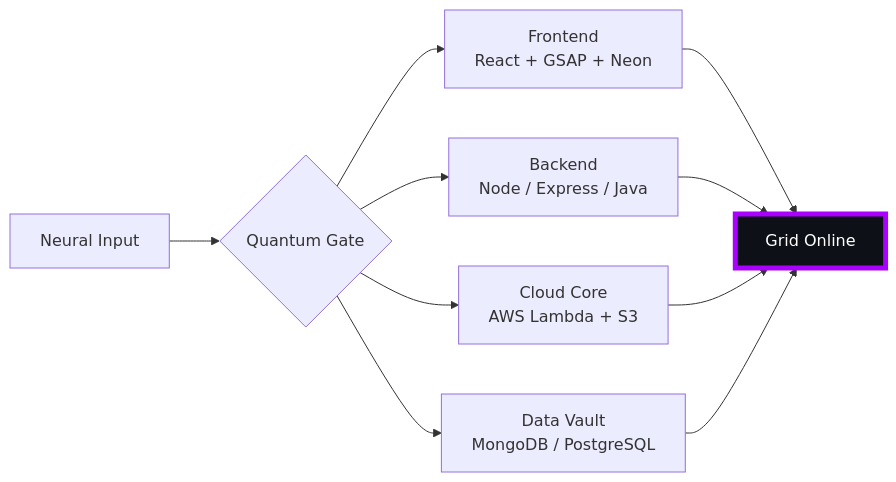
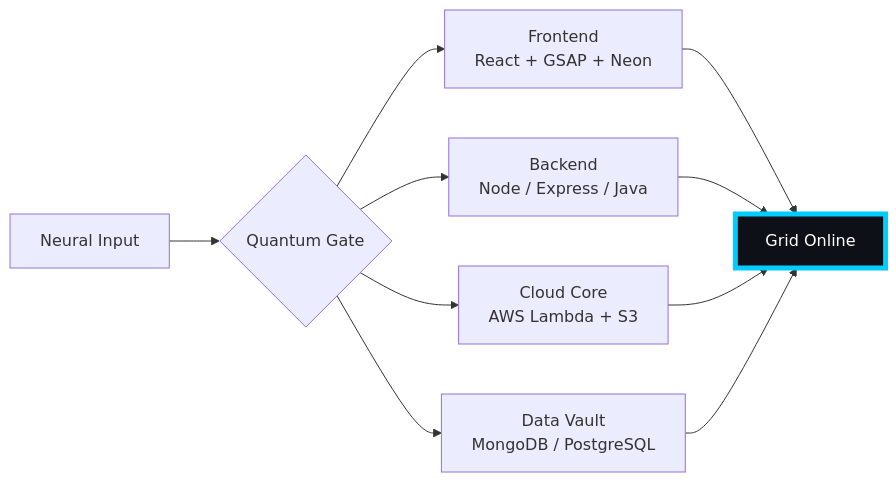
One commit to pendemvamsi/pendemvamsi changed the diagram in README.md. Above: the diagram before and after it, drawn with Mermaid. The commit also changed other lines of this file and 1 other file, not shown here.

````diff
--- a/README.md
+++ b/README.md
@@ -32,10 +32,10 @@
 ```mermaid
 flowchart LR
     U[Neural Input] --> G{Quantum Gate}
     G --> F[Frontend<br>React + GSAP + Neon]
     G --> B[Backend<br>Node / Express / Java]
     G --> C[Cloud Core<br>AWS Lambda + S3]
     G --> D[Data Vault<br>MongoDB / PostgreSQL]
     F & B & C & D --> O[Grid Online]
-    style O fill:#0d1117,stroke:#AA00FF,stroke-width:5px,color:#fff
+    style O fill:#0d1117,stroke:#00CCFF,stroke-width:5px,color:#fff
 ```
````
